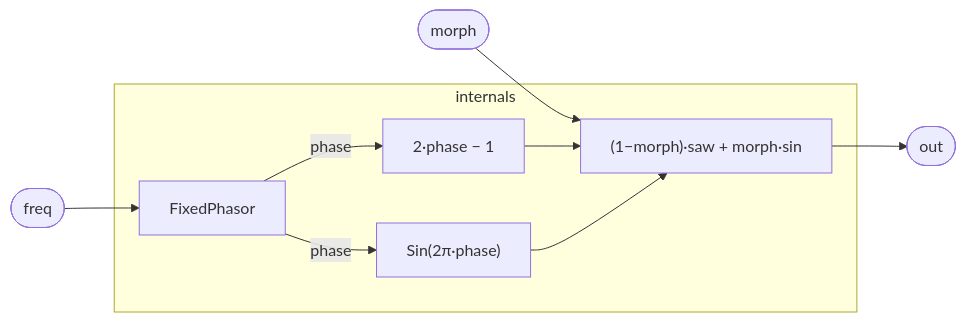
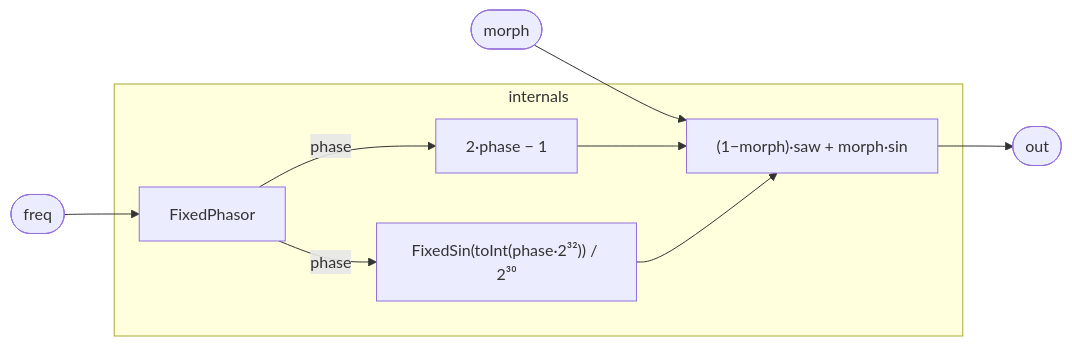
Before and after one commit to willishoke/tropical: the diagram in stdlib/MorphOsc.md, drawn with Mermaid. The commit also changed other lines of this file and 6 other files, not shown here.

````diff
--- a/stdlib/MorphOsc.md
+++ b/stdlib/MorphOsc.md
@@ -15,12 +15,12 @@
 ```mermaid
 flowchart LR
   freq([freq]) --> PH
   morph([morph]) --> MIX
   subgraph internals
     PH["FixedPhasor"] -- phase --> SAW["2·phase − 1"]
-    PH -- phase --> SIN["Sin(2π·phase)"]
+    PH -- phase --> SIN["FixedSin(toInt(phase·2³²)) / 2³⁰"]
     SAW --> MIX["(1−morph)·saw + morph·sin"]
     SIN --> MIX
   end
   MIX --> out([out])
 ```
````
